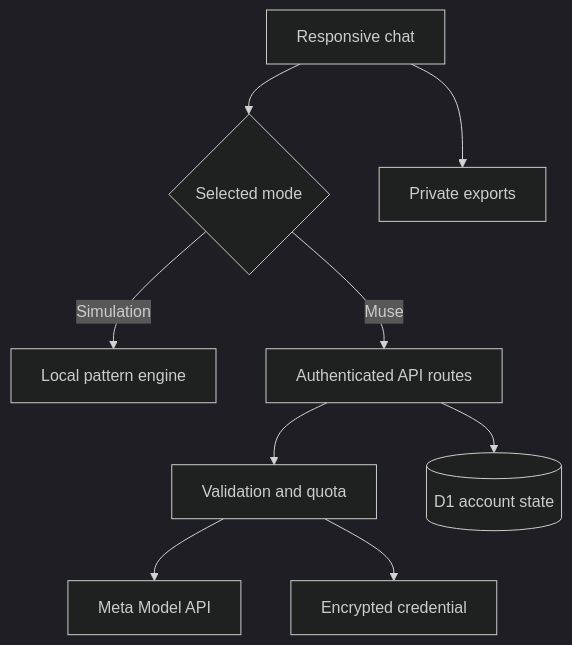
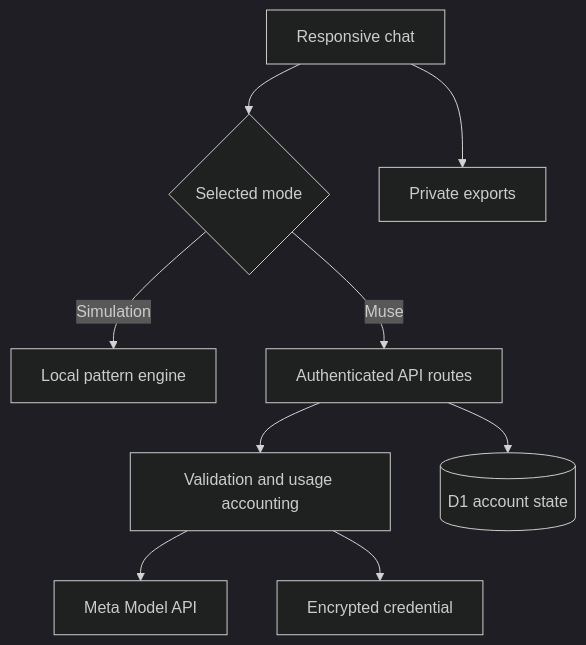
The diagram in README.md (mrbarokah/sewajelas), drawn with Mermaid (dark theme) before and after one commit. The commit also changed other lines of this file and 8 other files, not shown here.

````diff
--- a/README.md
+++ b/README.md
@@ -39,11 +39,11 @@
 ```mermaid
 flowchart TD
     UI[Responsive chat] --> Mode{Selected mode}
     Mode -->|Simulation| Demo[Local pattern engine]
     Mode -->|Muse| Gateway[Authenticated API routes]
-    Gateway --> Policy[Validation and quota]
+    Gateway --> Policy[Validation and usage accounting]
     Policy --> Meta[Meta Model API]
     Gateway --> DB[(D1 account state)]
     Policy --> Vault[Encrypted credential]
     UI --> Export[Private exports]
 ```
````
